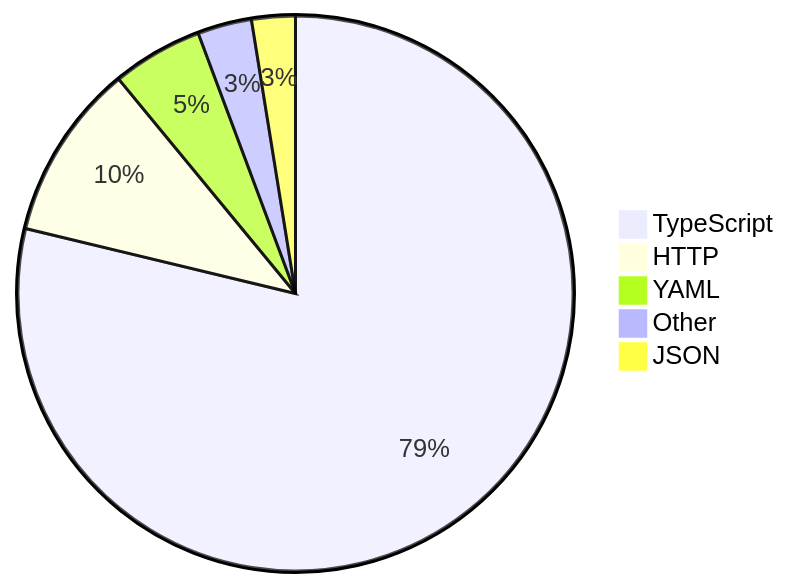
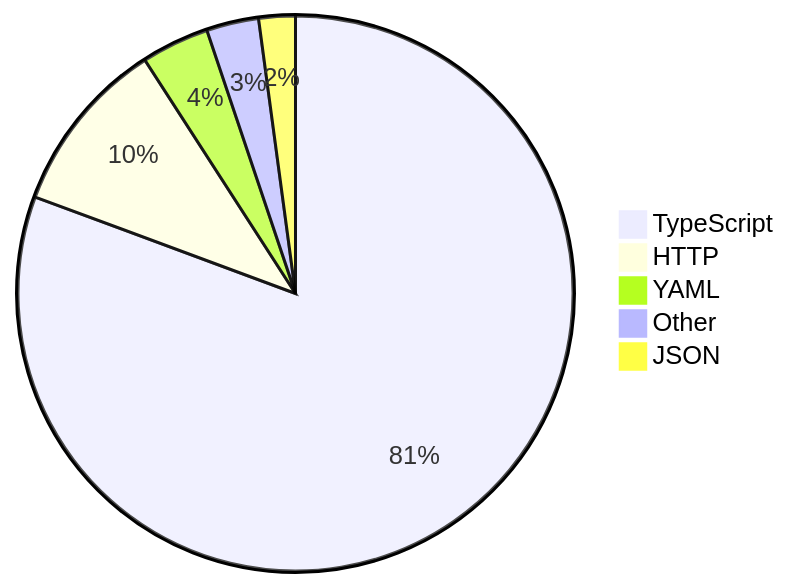
The diagram in README.md (skvggor/skvggor), drawn with Mermaid before and after one commit.

Commit message:
Updated waka-readme graph with new metrics

````diff
--- a/README.md
+++ b/README.md
@@ -16,8 +16,8 @@
 ```mermaid
 pie
-    "TypeScript" : 77.5
+    "TypeScript" : 79.6
     "HTTP" : 10.1
-    "YAML" : 5.2
-    "Other" : 3.1
-    "JSON" : 2.5
+    "YAML" : 3.9
+    "Other" : 3.0
+    "JSON" : 2.1
 ```
````
